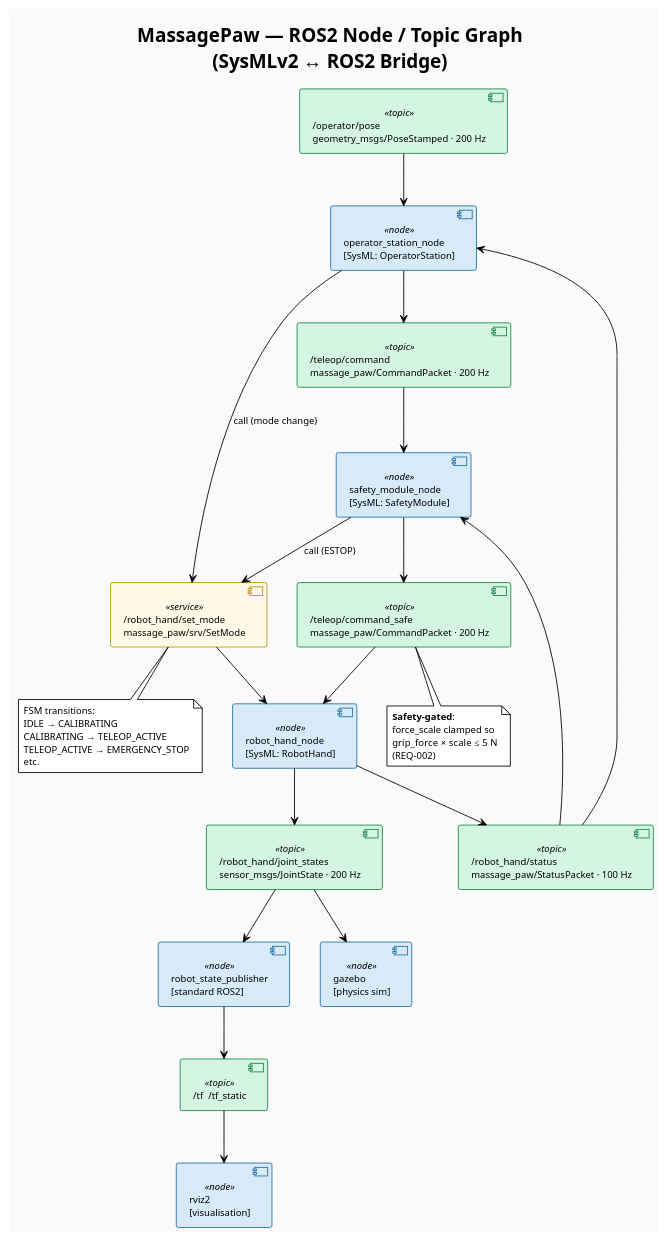
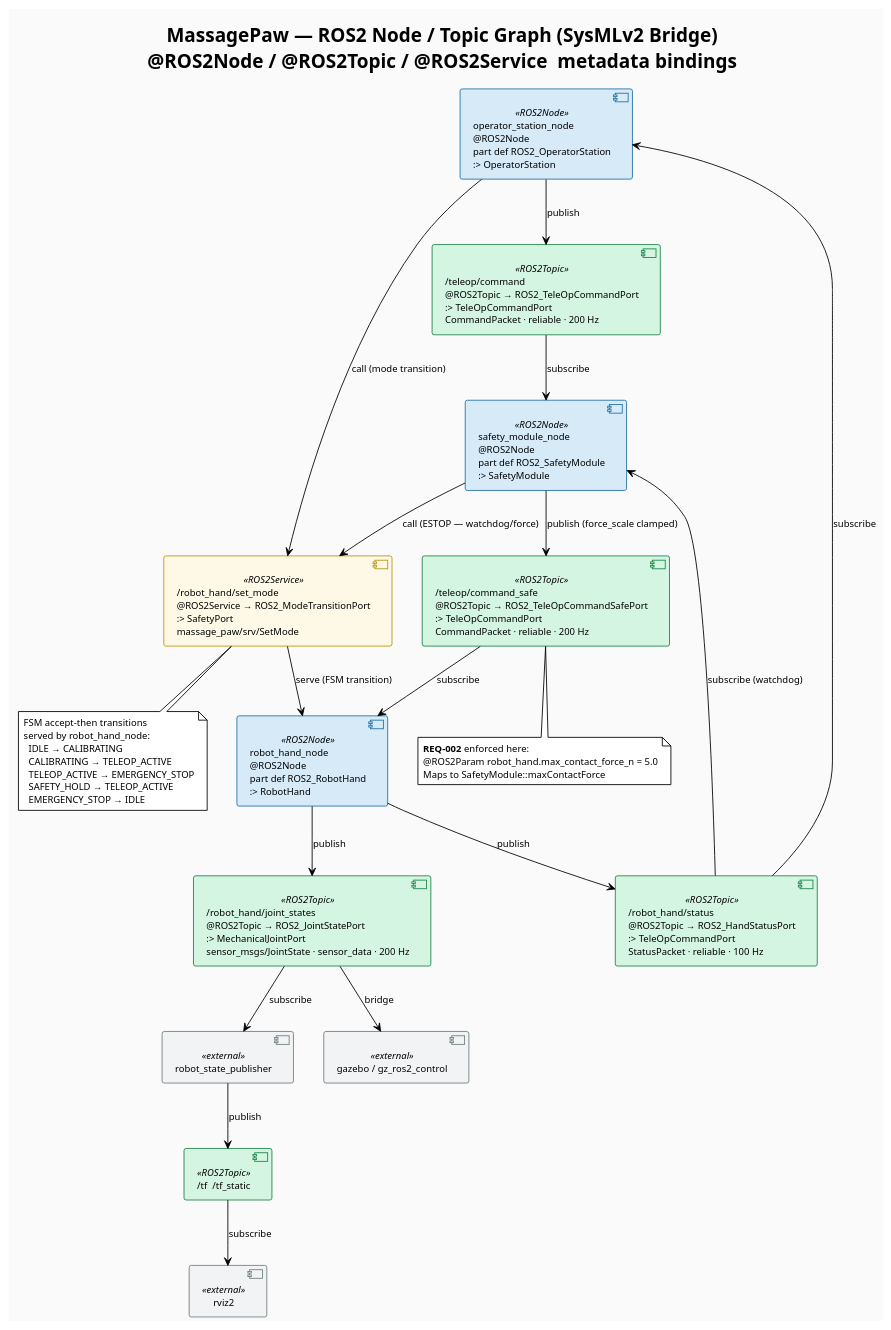
Before and after one commit to aYenYen0123/MassagePaw: the diagram in diagrams/MassagePaw_ROS2_Graph.puml, drawn with PlantUML. The commit also changed 7 other files, not shown here.

```diff
--- a/diagrams/MassagePaw_ROS2_Graph.puml
+++ b/diagrams/MassagePaw_ROS2_Graph.puml
@@ -1,78 +1,84 @@
 @startuml MassagePaw_ROS2_Graph
 !theme plain
 skinparam backgroundColor #FAFAFA
 skinparam defaultFontName Monospace
 skinparam defaultFontSize 11
 skinparam shadowing false
 
-title MassagePaw — ROS2 Node / Topic Graph\n(SysMLv2 ↔ ROS2 Bridge)
+title MassagePaw — ROS2 Node / Topic Graph (SysMLv2 Bridge)\n@ROS2Node / @ROS2Topic / @ROS2Service  metadata bindings
+
+' Stereotypes match metadata def names in SysMLv2_ROS2_Bridge.sysml
 
 skinparam component {
-  BackgroundColor<<node>>  #D6EAF8
-  BorderColor<<node>>      #2471A3
-  BackgroundColor<<topic>> #D5F5E3
-  BorderColor<<topic>>     #1E8449
-  BackgroundColor<<service>> #FEF9E7
-  BorderColor<<service>>   #B7950B
+  BackgroundColor<<ROS2Node>>    #D6EAF8
+  BorderColor<<ROS2Node>>        #2471A3
+  BackgroundColor<<ROS2Topic>>   #D5F5E3
+  BorderColor<<ROS2Topic>>       #1E8449
+  BackgroundColor<<ROS2Service>> #FEF9E7
+  BorderColor<<ROS2Service>>     #B7950B
+  BackgroundColor<<external>>    #F2F3F4
+  BorderColor<<external>>        #717D7E
 }
 
-component "operator_station_node\n[SysML: OperatorStation]" <<node>> as OpNode
-component "safety_module_node\n[SysML: SafetyModule]" <<node>> as SafeNode
-component "robot_hand_node\n[SysML: RobotHand]" <<node>> as RobotNode
-component "robot_state_publisher\n[standard ROS2]" <<node>> as RSP
-component "rviz2\n[visualisation]" <<node>> as Rviz
-component "gazebo\n[physics sim]" <<node>> as Gazebo
+' ── ROS2 nodes (@ROS2Node bindings) ───────────────────────────────────────
+component "operator_station_node\n@ROS2Node\npart def ROS2_OperatorStation\n:> OperatorStation" <<ROS2Node>> as OpNode
+component "safety_module_node\n@ROS2Node\npart def ROS2_SafetyModule\n:> SafetyModule" <<ROS2Node>> as SafeNode
+component "robot_hand_node\n@ROS2Node\npart def ROS2_RobotHand\n:> RobotHand" <<ROS2Node>> as RobNode
 
-component "/teleop/command\nmassage_paw/CommandPacket · 200 Hz" <<topic>> as T1
-component "/teleop/command_safe\nmassage_paw/CommandPacket · 200 Hz" <<topic>> as T2
-component "/robot_hand/status\nmassage_paw/StatusPacket · 100 Hz" <<topic>> as T3
-component "/robot_hand/joint_states\nsensor_msgs/JointState · 200 Hz" <<topic>> as T4
-component "/tf  /tf_static" <<topic>> as T5
-component "/operator/pose\ngeometry_msgs/PoseStamped · 200 Hz" <<topic>> as T6
+component "robot_state_publisher" <<external>> as RSP
+component "rviz2" <<external>> as Rviz
+component "gazebo / gz_ros2_control" <<external>> as Gz
 
-component "/robot_hand/set_mode\nmassage_paw/srv/SetMode" <<service>> as S1
+' ── Topics (@ROS2Topic bindings) ──────────────────────────────────────────
+component "/teleop/command\n@ROS2Topic → ROS2_TeleOpCommandPort\n:> TeleOpCommandPort\nCommandPacket · reliable · 200 Hz" <<ROS2Topic>> as T1
 
-' Publish
-OpNode   --> T1
-T1       --> SafeNode
-SafeNode --> T2
-T2       --> RobotNode
+component "/teleop/command_safe\n@ROS2Topic → ROS2_TeleOpCommandSafePort\n:> TeleOpCommandPort\nCommandPacket · reliable · 200 Hz" <<ROS2Topic>> as T2
 
-' Status back
-RobotNode --> T3
-T3        --> OpNode
-T3        --> SafeNode
+component "/robot_hand/status\n@ROS2Topic → ROS2_HandStatusPort\n:> TeleOpCommandPort\nStatusPacket · reliable · 100 Hz" <<ROS2Topic>> as T3
 
-' Joint states
-RobotNode --> T4
-T4        --> RSP
-T4        --> Gazebo
+component "/robot_hand/joint_states\n@ROS2Topic → ROS2_JointStatePort\n:> MechanicalJointPort\nsensor_msgs/JointState · sensor_data · 200 Hz" <<ROS2Topic>> as T4
 
-' TF
-RSP --> T5
-T5  --> Rviz
+component "/tf  /tf_static" <<ROS2Topic>> as T5
 
-' Operator glove input
-T6 --> OpNode
+' ── Service (@ROS2Service binding) ────────────────────────────────────────
+component "/robot_hand/set_mode\n@ROS2Service → ROS2_ModeTransitionPort\n:> SafetyPort\nmassage_paw/srv/SetMode" <<ROS2Service>> as S1
 
-' Mode service
-SafeNode --> S1 : call (ESTOP)
-OpNode   --> S1 : call (mode change)
-S1       --> RobotNode
+' ── Data flows ────────────────────────────────────────────────────────────
+OpNode   --> T1        : publish
+T1       --> SafeNode  : subscribe
+SafeNode --> T2        : publish (force_scale clamped)
+T2       --> RobNode   : subscribe
+
+RobNode  --> T3        : publish
+T3       --> OpNode    : subscribe
+T3       --> SafeNode  : subscribe (watchdog)
+
+RobNode  --> T4        : publish
+T4       --> RSP       : subscribe
+T4       --> Gz        : bridge
+
+RSP      --> T5        : publish
+T5       --> Rviz      : subscribe
+
+' ── Service calls ─────────────────────────────────────────────────────────
+OpNode   --> S1        : call (mode transition)
+SafeNode --> S1        : call (ESTOP — watchdog/force)
+S1       --> RobNode   : serve (FSM transition)
 
 note bottom of T2
-  <b>Safety-gated</b>:
-  force_scale clamped so
-  grip_force × scale ≤ 5 N
-  (REQ-002)
+  <b>REQ-002</b> enforced here:
+  @ROS2Param robot_hand.max_contact_force_n = 5.0
+  Maps to SafetyModule::maxContactForce
 end note
 
 note bottom of S1
-  FSM transitions:
-  IDLE → CALIBRATING
-  CALIBRATING → TELEOP_ACTIVE
-  TELEOP_ACTIVE → EMERGENCY_STOP
-  etc.
+  FSM accept-then transitions
+  served by robot_hand_node:
+    IDLE → CALIBRATING
+    CALIBRATING → TELEOP_ACTIVE
+    TELEOP_ACTIVE → EMERGENCY_STOP
+    SAFETY_HOLD → TELEOP_ACTIVE
+    EMERGENCY_STOP → IDLE
 end note
 
 @enduml
```
